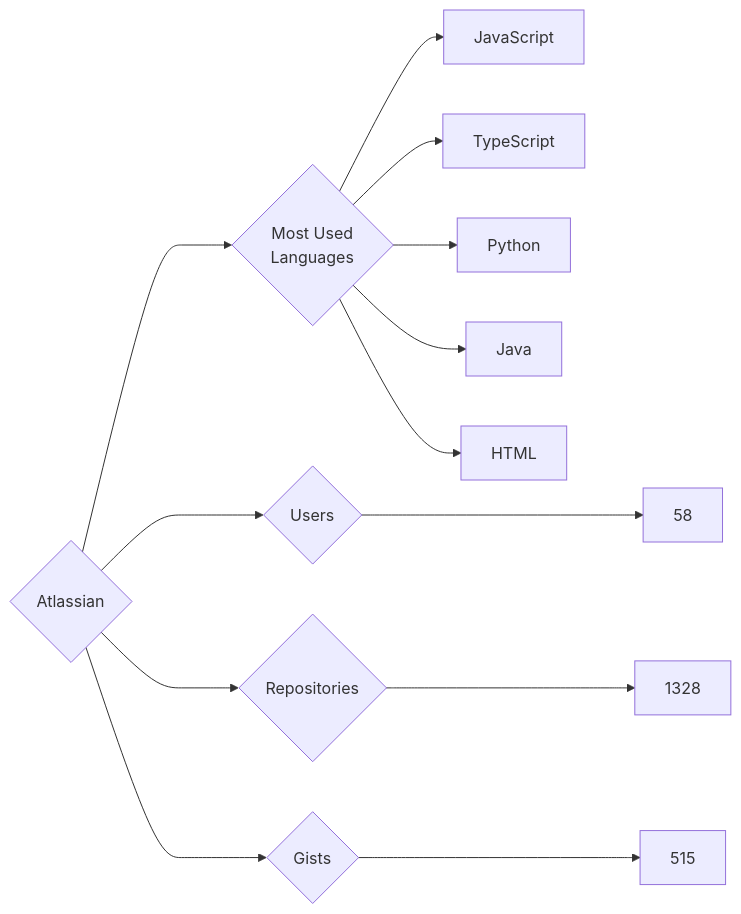
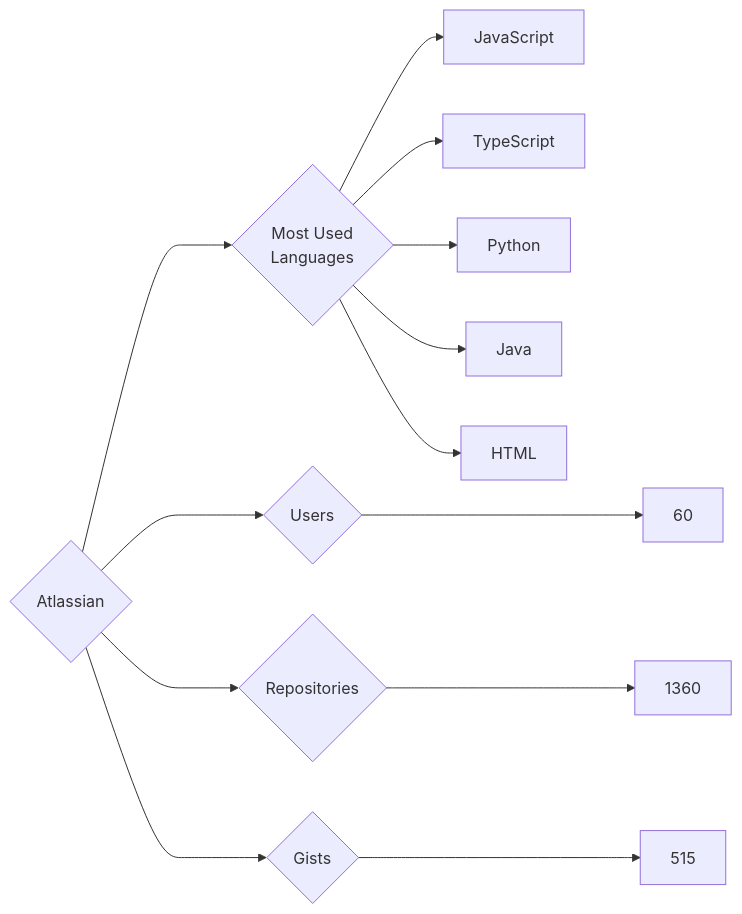
Before and after one commit to trickest/insiders: the diagram in targets/Atlassian/README.md, drawn with Mermaid. The commit also changed 870 other files, not shown here.

````diff
--- a/targets/Atlassian/README.md
+++ b/targets/Atlassian/README.md
@@ -3,13 +3,13 @@
 ```mermaid
 graph LR
 COMPANY_NAME{Atlassian}
-COMPANY_NAME ---> U{Users} ---> UN[58]
-COMPANY_NAME ---> R{Repositories} ---> RN[1328]
+COMPANY_NAME ---> U{Users} ---> UN[60]
+COMPANY_NAME ---> R{Repositories} ---> RN[1360]
 COMPANY_NAME ---> G{Gists} ---> GN[515]
 COMPANY_NAME ---> ML{Most Used<br>Languages}
 ML --> JavaScript[JavaScript]
 ML --> TypeScript[TypeScript]
 ML --> Python[Python]
 ML --> Java[Java]
 ML --> HTML[HTML]
 ```
````
